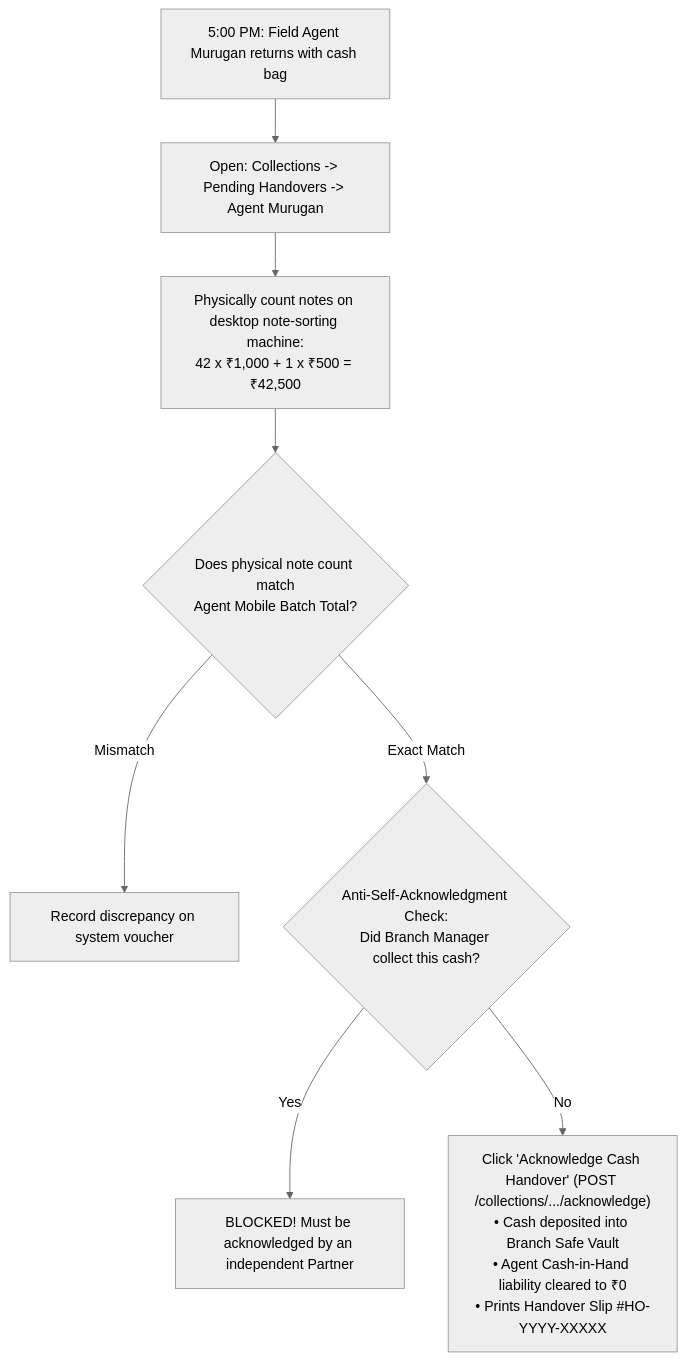
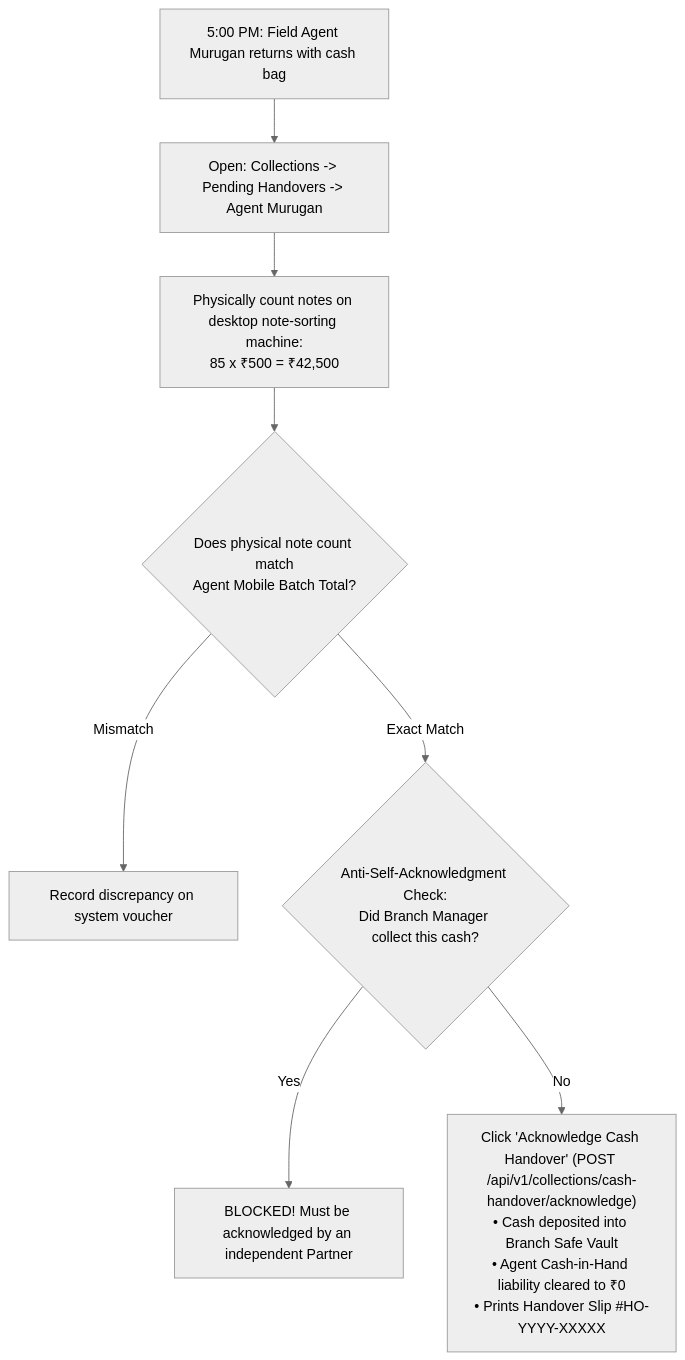
Before and after one commit to Kathir-24/Kumaran-finance: the sixth of 10 diagrams in docs/07-operations/user-manuals/branch-manager-manual.md, drawn with Mermaid (neutral theme). The commit also changed other lines of this file and 4 other files, not shown here.

````diff
--- a/docs/07-operations/user-manuals/branch-manager-manual.md
+++ b/docs/07-operations/user-manuals/branch-manager-manual.md
@@ -154,10 +154,10 @@
 ```mermaid
 flowchart TD
     AgentReturn["5:00 PM: Field Agent Murugan returns with cash bag"] --> OpenHandover["Open: Collections -> Pending Handovers -> Agent Murugan"]
-    OpenHandover --> MachineCount["Physically count notes on desktop note-sorting machine:\n42 x ₹1,000 + 1 x ₹500 = ₹42,500"]
+    OpenHandover --> MachineCount["Physically count notes on desktop note-sorting machine:\n85 x ₹500 = ₹42,500"]
     MachineCount --> MatchCheck{"Does physical note count match\nAgent Mobile Batch Total?"}
     MatchCheck -- "Mismatch" --> Shortage["Record discrepancy on system voucher"]
     MatchCheck -- "Exact Match" --> DualRoleGuard{"Anti-Self-Acknowledgment Check:\nDid Branch Manager collect this cash?"}
     DualRoleGuard -- "Yes" --> Block["BLOCKED! Must be acknowledged by an independent Partner"]
-    DualRoleGuard -- "No" --> Acknowledge["Click 'Acknowledge Cash Handover' (POST /collections/.../acknowledge)\n• Cash deposited into Branch Safe Vault\n• Agent Cash-in-Hand liability cleared to ₹0\n• Prints Handover Slip #HO-YYYY-XXXXX"]
+    DualRoleGuard -- "No" --> Acknowledge["Click 'Acknowledge Cash Handover' (POST /api/v1/collections/cash-handover/acknowledge)\n• Cash deposited into Branch Safe Vault\n• Agent Cash-in-Hand liability cleared to ₹0\n• Prints Handover Slip #HO-YYYY-XXXXX"]
 ```
````
